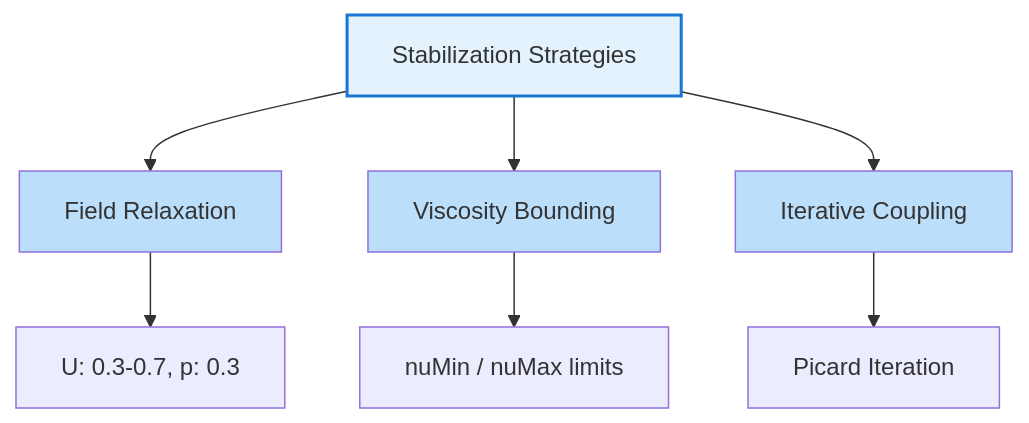
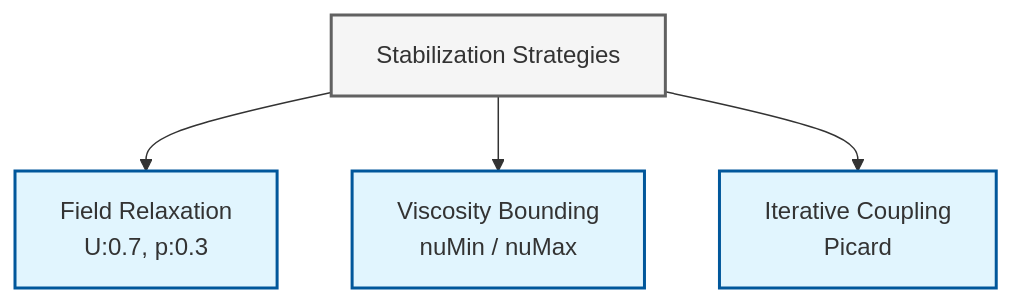
The third of 3 diagrams in MODULE_06_ADVANCED_PHYSICS/CONTENT/04_NON_NEWTONIAN_FLUIDS/04_Numerical_Implementation.md (wramet/build-my-cfd), drawn with Mermaid before and after one commit. The commit also changed other lines of this file and 313 other files, not shown here.

Commit message:
Revise all diagram

````diff
--- a/MODULE_06_ADVANCED_PHYSICS/CONTENT/04_NON_NEWTONIAN_FLUIDS/04_Numerical_Implementation.md
+++ b/MODULE_06_ADVANCED_PHYSICS/CONTENT/04_NON_NEWTONIAN_FLUIDS/04_Numerical_Implementation.md
@@ -781,15 +781,15 @@
 ```mermaid
 graph TD
-    A[Stabilization Strategies] --> B[Field Relaxation]
-    A --> C[Viscosity Bounding]
-    A --> D[Iterative Coupling]
-
-    B --> B1[U: 0.3-0.7, p: 0.3]
-    C --> C1[nuMin / nuMax limits]
-    D --> D1[Picard Iteration]
-
-    style A fill:#e3f2fd,stroke:#1976d2,stroke-width:2px
-    style B fill:#bbdefb
-    style C fill:#bbdefb
-    style D fill:#bbdefb
+    classDef implicit fill:#e1f5fe,stroke:#01579b,stroke-width:2px
+    classDef explicit fill:#ffccbc,stroke:#bf360c,stroke-width:2px
+    classDef context fill:#f5f5f5,stroke:#616161,stroke-width:2px
+    
+    Root["Stabilization Strategies"]:::context
+    Relax["Field Relaxation<br/>U:0.7, p:0.3"]:::implicit
+    Bound["Viscosity Bounding<br/>nuMin / nuMax"]:::implicit
+    Iter["Iterative Coupling<br/>Picard"]:::implicit
+    
+    Root --> Relax
+    Root --> Bound
+    Root --> Iter
 ```
````
